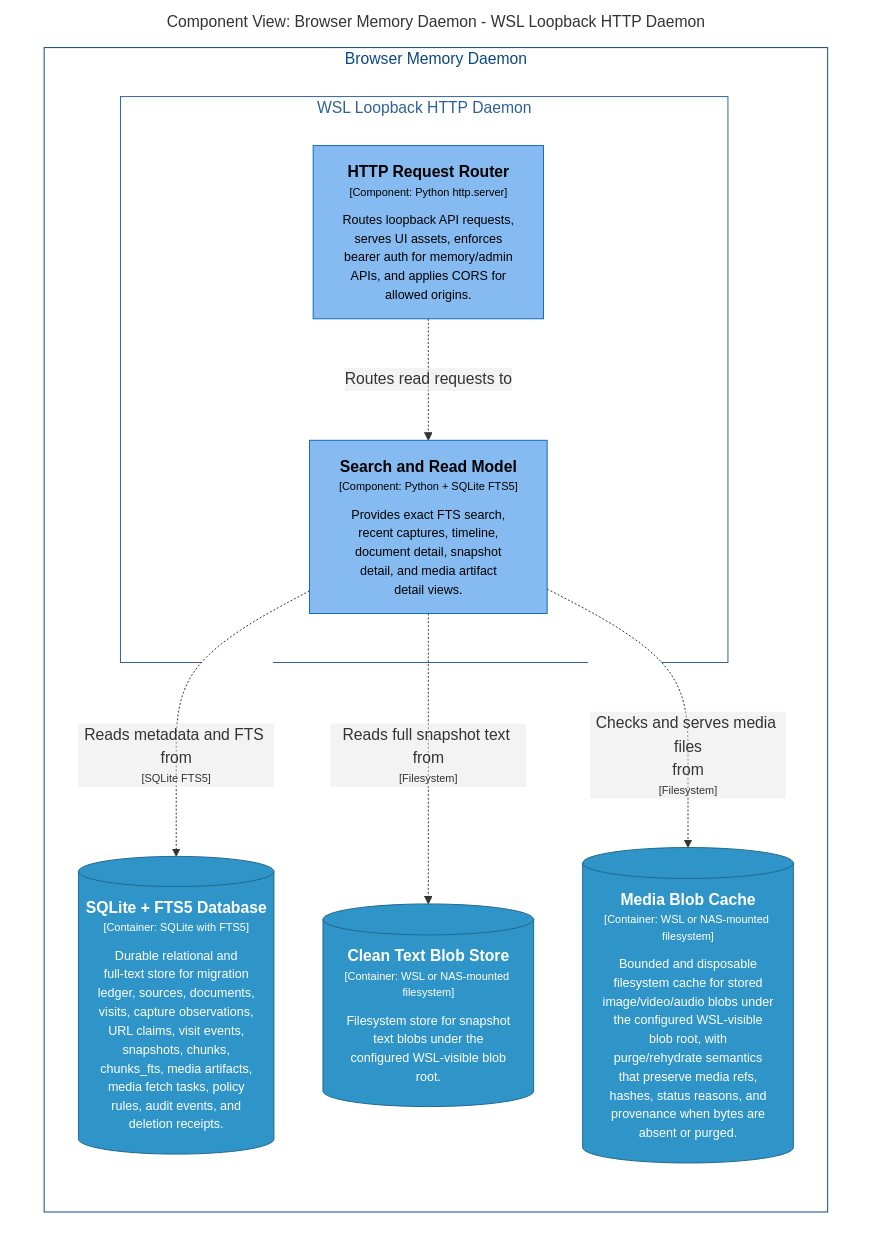
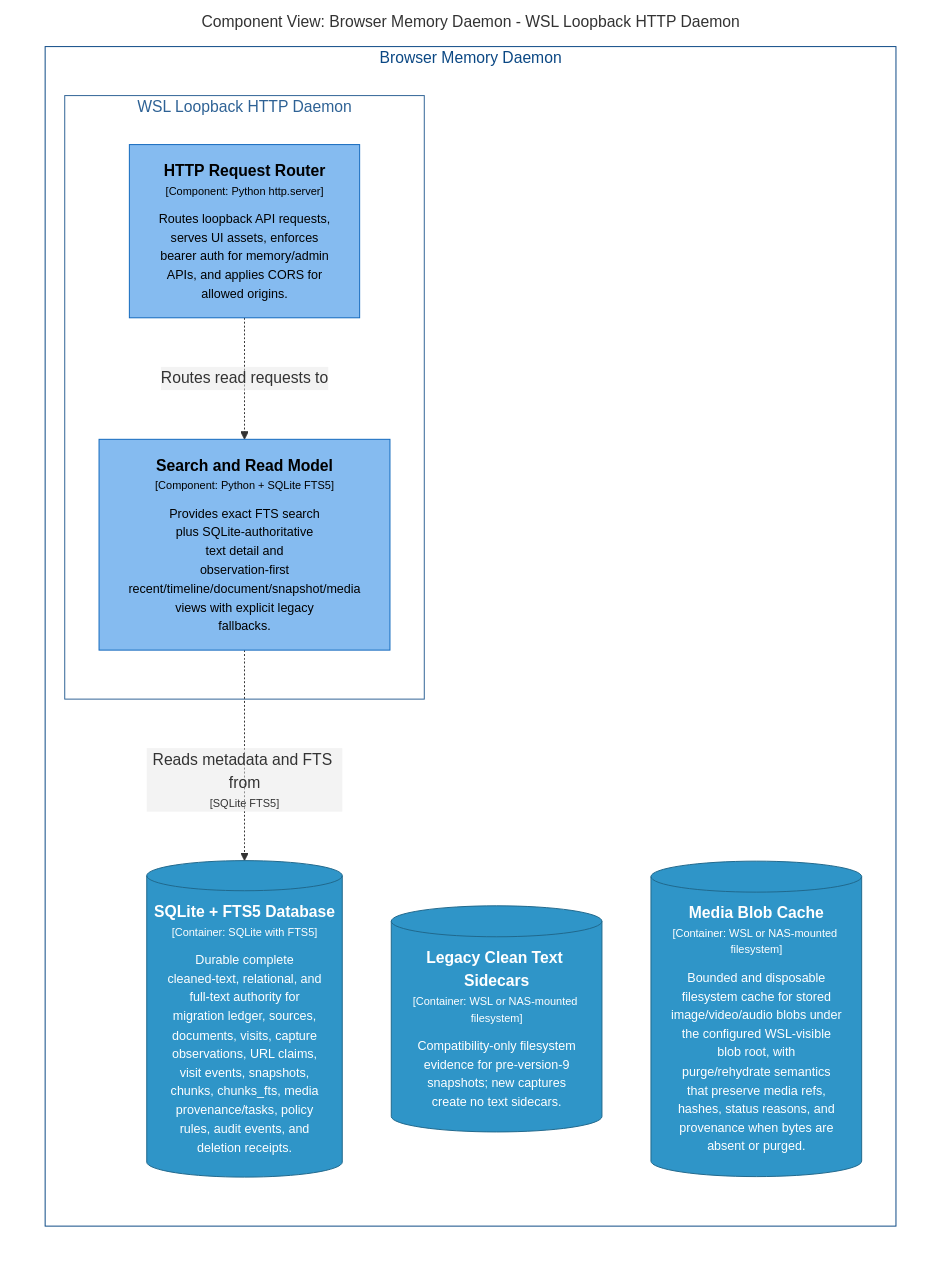
One commit to michaelnicks0/browser-memory-daemon changed the diagram in docs/architecture/diagrams/markdown/DaemonReadComponents.md. Above: the diagram before and after it, drawn with Mermaid. The commit also changed 196 other files, not shown here.

Commit message:
feat(storage): make SQLite authoritative for snapshot text

````diff
--- a/docs/architecture/diagrams/markdown/DaemonReadComponents.md
+++ b/docs/architecture/diagrams/markdown/DaemonReadComponents.md
@@ -16,34 +16,32 @@
 ```mermaid
 graph LR
   linkStyle default fill:#ffffff
 
   subgraph diagram ["Component View: Browser Memory Daemon - WSL Loopback HTTP Daemon"]
     style diagram fill:#ffffff,stroke:#ffffff
 
     subgraph 4 ["Browser Memory Daemon"]
       style 4 fill:#ffffff,stroke:#0b4884,color:#0b4884
 
       subgraph 14 ["WSL Loopback HTTP Daemon"]
         style 14 fill:#ffffff,stroke:#2e6295,color:#2e6295
 
         15["<div style='font-weight: bold'>HTTP Request Router</div><div style='font-size: 70%; margin-top: 0px'>[Component: Python http.server]</div><div style='font-size: 80%; margin-top:10px'>Routes loopback API requests,<br />serves UI assets, enforces<br />bearer auth for memory/admin<br />APIs, and applies CORS for<br />allowed origins.</div>"]
         style 15 fill:#85bbf0,stroke:#1168bd,color:#000000
-        22["<div style='font-weight: bold'>Search and Read Model</div><div style='font-size: 70%; margin-top: 0px'>[Component: Python + SQLite FTS5]</div><div style='font-size: 80%; margin-top:10px'>Provides exact FTS search,<br />recent captures, timeline,<br />document detail, snapshot<br />detail, and media artifact<br />detail views.</div>"]
-        style 22 fill:#85bbf0,stroke:#1168bd,color:#000000
+        23["<div style='font-weight: bold'>Search and Read Model</div><div style='font-size: 70%; margin-top: 0px'>[Component: Python + SQLite FTS5]</div><div style='font-size: 80%; margin-top:10px'>Provides exact FTS search<br />plus SQLite-authoritative<br />text detail and<br />observation-first<br />recent/timeline/document/snapshot/media<br />views with explicit legacy<br />fallbacks.</div>"]
+        style 23 fill:#85bbf0,stroke:#1168bd,color:#000000
       end
 
-      28[("<div style='font-weight: bold'>SQLite + FTS5 Database</div><div style='font-size: 70%; margin-top: 0px'>[Container: SQLite with FTS5]</div><div style='font-size: 80%; margin-top:10px'>Durable relational and<br />full-text store for migration<br />ledger, sources, documents,<br />visits, capture observations,<br />URL claims, visit events,<br />snapshots, chunks,<br />chunks_fts, media artifacts,<br />media fetch tasks, policy<br />rules, audit events, and<br />deletion receipts.</div>")]
-      style 28 fill:#2f95c8,stroke:#20688c,color:#ffffff
-      29[("<div style='font-weight: bold'>Clean Text Blob Store</div><div style='font-size: 70%; margin-top: 0px'>[Container: WSL or NAS-mounted filesystem]</div><div style='font-size: 80%; margin-top:10px'>Filesystem store for snapshot<br />text blobs under the<br />configured WSL-visible blob<br />root.</div>")]
+      29[("<div style='font-weight: bold'>SQLite + FTS5 Database</div><div style='font-size: 70%; margin-top: 0px'>[Container: SQLite with FTS5]</div><div style='font-size: 80%; margin-top:10px'>Durable complete<br />cleaned-text, relational, and<br />full-text authority for<br />migration ledger, sources,<br />documents, visits, capture<br />observations, URL claims,<br />visit events, snapshots,<br />chunks, chunks_fts, media<br />provenance/tasks, policy<br />rules, audit events, and<br />deletion receipts.</div>")]
       style 29 fill:#2f95c8,stroke:#20688c,color:#ffffff
-      30[("<div style='font-weight: bold'>Media Blob Cache</div><div style='font-size: 70%; margin-top: 0px'>[Container: WSL or NAS-mounted filesystem]</div><div style='font-size: 80%; margin-top:10px'>Bounded and disposable<br />filesystem cache for stored<br />image/video/audio blobs under<br />the configured WSL-visible<br />blob root, with<br />purge/rehydrate semantics<br />that preserve media refs,<br />hashes, status reasons, and<br />provenance when bytes are<br />absent or purged.</div>")]
+      30[("<div style='font-weight: bold'>Legacy Clean Text Sidecars</div><div style='font-size: 70%; margin-top: 0px'>[Container: WSL or NAS-mounted filesystem]</div><div style='font-size: 80%; margin-top:10px'>Compatibility-only filesystem<br />evidence for pre-version-9<br />snapshots; new captures<br />create no text sidecars.</div>")]
       style 30 fill:#2f95c8,stroke:#20688c,color:#ffffff
+      31[("<div style='font-weight: bold'>Media Blob Cache</div><div style='font-size: 70%; margin-top: 0px'>[Container: WSL or NAS-mounted filesystem]</div><div style='font-size: 80%; margin-top:10px'>Bounded and disposable<br />filesystem cache for stored<br />image/video/audio blobs under<br />the configured WSL-visible<br />blob root, with<br />purge/rehydrate semantics<br />that preserve media refs,<br />hashes, status reasons, and<br />provenance when bytes are<br />absent or purged.</div>")]
+      style 31 fill:#2f95c8,stroke:#20688c,color:#ffffff
     end
 
-    15-. "<div>Routes read requests to</div><div style='font-size: 70%'></div>" .->22
-    22-. "<div>Reads metadata and FTS from</div><div style='font-size: 70%'>[SQLite FTS5]</div>" .->28
-    22-. "<div>Reads full snapshot text from</div><div style='font-size: 70%'>[Filesystem]</div>" .->29
-    22-. "<div>Checks and serves media files<br />from</div><div style='font-size: 70%'>[Filesystem]</div>" .->30
+    15-. "<div>Routes read requests to</div><div style='font-size: 70%'></div>" .->23
+    23-. "<div>Reads metadata and FTS from</div><div style='font-size: 70%'>[SQLite FTS5]</div>" .->29
 
   end
 ```
````
